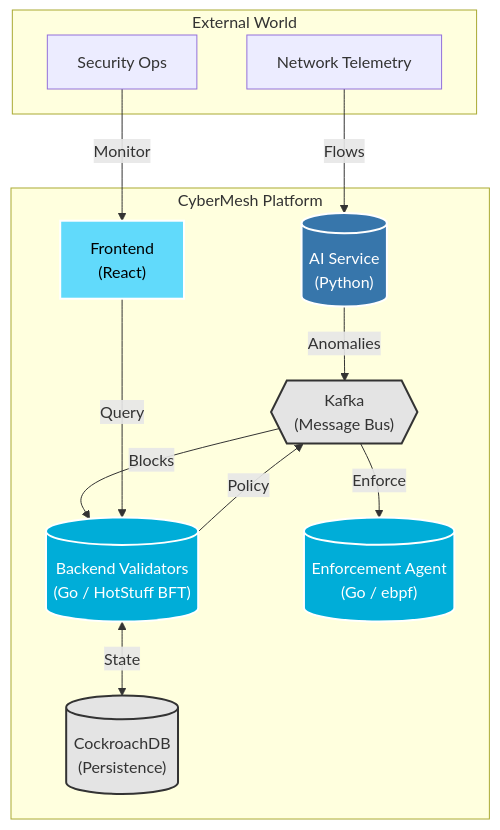
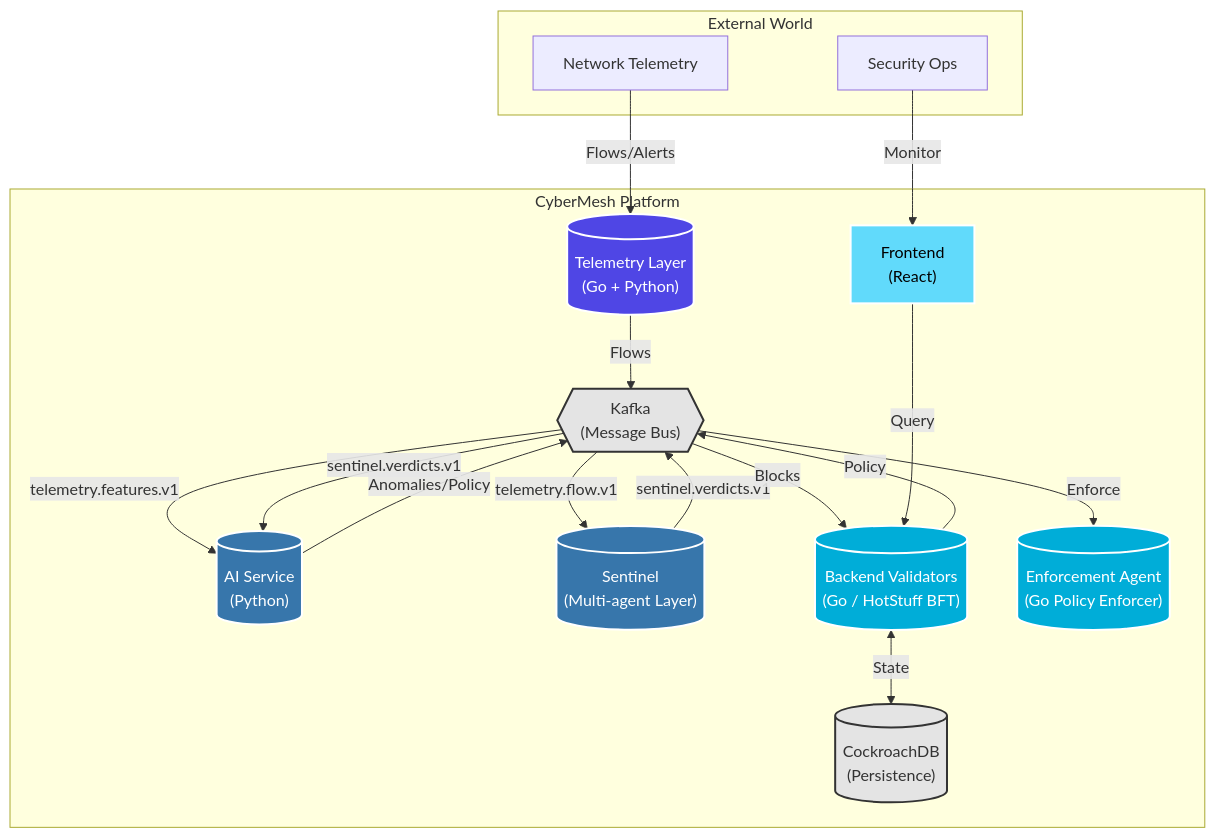
The diagram in docs/ARCHITECTURE.md (EveShark/CyberMesh), drawn with Mermaid before and after one commit. The commit also changed other lines of this file and 49 other files, not shown here.

````diff
--- a/docs/ARCHITECTURE.md
+++ b/docs/ARCHITECTURE.md
@@ -11,35 +15,44 @@
 ```mermaid
 graph TD
     subgraph External["External World"]
         N[Network Telemetry]
         Ops[Security Ops]
     end
 
     subgraph CyberMesh["CyberMesh Platform"]
+        TL[("Telemetry Layer\n(Go + Python)")]
         AI[("AI Service\n(Python)")]
+        S[("Sentinel\n(Multi-agent Layer)")]
         Kafka{{"Kafka\n(Message Bus)"}}
         BE[("Backend Validators\n(Go / HotStuff BFT)")]
         DB[("CockroachDB\n(Persistence)")]
-        Agent[("Enforcement Agent\n(Go / ebpf)")]
+        Agent[("Enforcement Agent\n(Go Policy Enforcer)")]
         UI["Frontend\n(React)"]
     end
-
-    N -->|Flows| AI
-    AI -->|Anomalies| Kafka
+    
+    N -->|Flows/Alerts| TL
+    TL -->|Flows| Kafka
+    Kafka -->|telemetry.flow.v1| S
+    S -->|sentinel.verdicts.v1| Kafka
+    Kafka -->|telemetry.features.v1| AI
+    Kafka -->|sentinel.verdicts.v1| AI
+    AI -->|Anomalies/Policy| Kafka
     Kafka -->|Blocks| BE
     BE <-->|State| DB
     BE -->|Policy| Kafka
     Kafka -->|Enforce| Agent
     Ops -->|Monitor| UI
     UI -->|Query| BE
 
     classDef python fill:#3776ab,stroke:#fff,stroke-width:2px,color:#fff;
     classDef go fill:#00add8,stroke:#fff,stroke-width:2px,color:#fff;
+    classDef polyglot fill:#4f46e5,stroke:#fff,stroke-width:2px,color:#fff;
     classDef react fill:#61dafb,stroke:#fff,stroke-width:2px,color:#000;
     classDef infra fill:#e4e4e4,stroke:#333,stroke-width:2px,color:#333;
 
-    class AI python;
+    class AI,S python;
+    class TL polyglot;
     class BE,Agent go;
     class UI react;
     class Kafka,DB infra;
 ```
````
